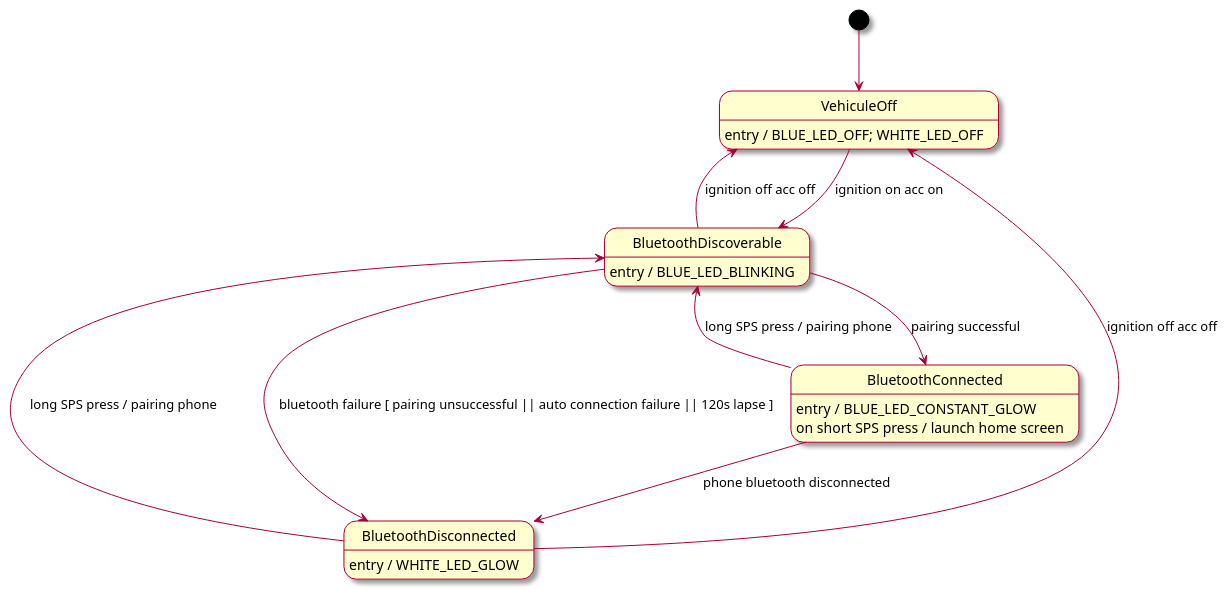
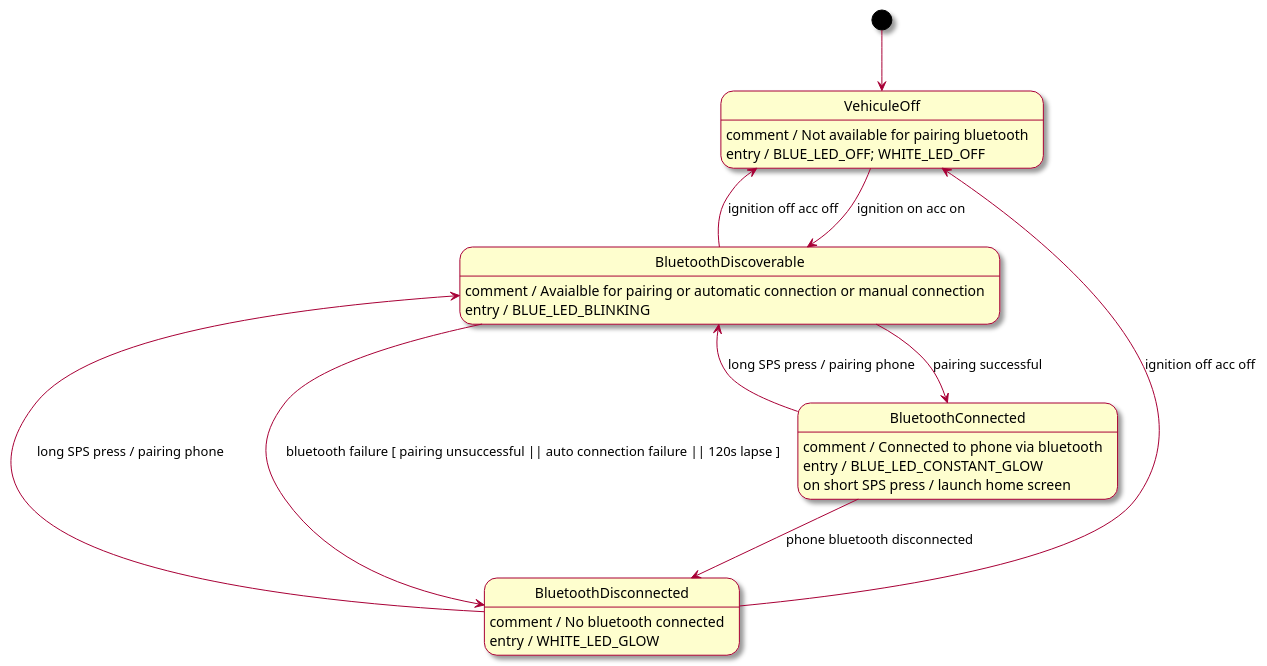
One commit to Lecrapouille/PlantUMLStatecharts changed the diagram in examples/input/Silver.plantuml. Above: the diagram before and after it, drawn with PlantUML. The commit also changed 1 other file, not shown here.

Commit message:
Add state comment

```diff
--- a/examples/input/Silver.plantuml
+++ b/examples/input/Silver.plantuml
@@ -1,24 +1,28 @@
 @startuml
 skin rose
 
 [*] --> VehiculeOff
 
 VehiculeOff --> BluetoothDiscoverable : ignition on acc on
 VehiculeOff <-- BluetoothDiscoverable : ignition off acc off
 VehiculeOff <-- BluetoothDisconnected : ignition off acc off
 
 BluetoothDiscoverable --> BluetoothConnected : pairing successful
 BluetoothDiscoverable <-- BluetoothConnected : long SPS press / pairing phone
 BluetoothDiscoverable --> BluetoothDisconnected : bluetooth failure [ pairing unsuccessful || auto connection failure || 120s lapse ]
 BluetoothDiscoverable <-- BluetoothDisconnected : long SPS press / pairing phone
 
 BluetoothConnected --> BluetoothDisconnected : phone bluetooth disconnected
 
 
+VehiculeOff : comment / Not available for pairing bluetooth
 VehiculeOff : entry / BLUE_LED_OFF; WHITE_LED_OFF
+BluetoothDiscoverable : comment / Avaialble for pairing or automatic connection or manual connection
 BluetoothDiscoverable : entry / BLUE_LED_BLINKING
+BluetoothConnected : comment / Connected to phone via bluetooth
 BluetoothConnected : entry / BLUE_LED_CONSTANT_GLOW
+BluetoothConnected : on short SPS press / launch home screen
+BluetoothDisconnected : comment / No bluetooth connected
 BluetoothDisconnected : entry / WHITE_LED_GLOW
-BluetoothConnected : on short SPS press / launch home screen
 
 @endumls
```
